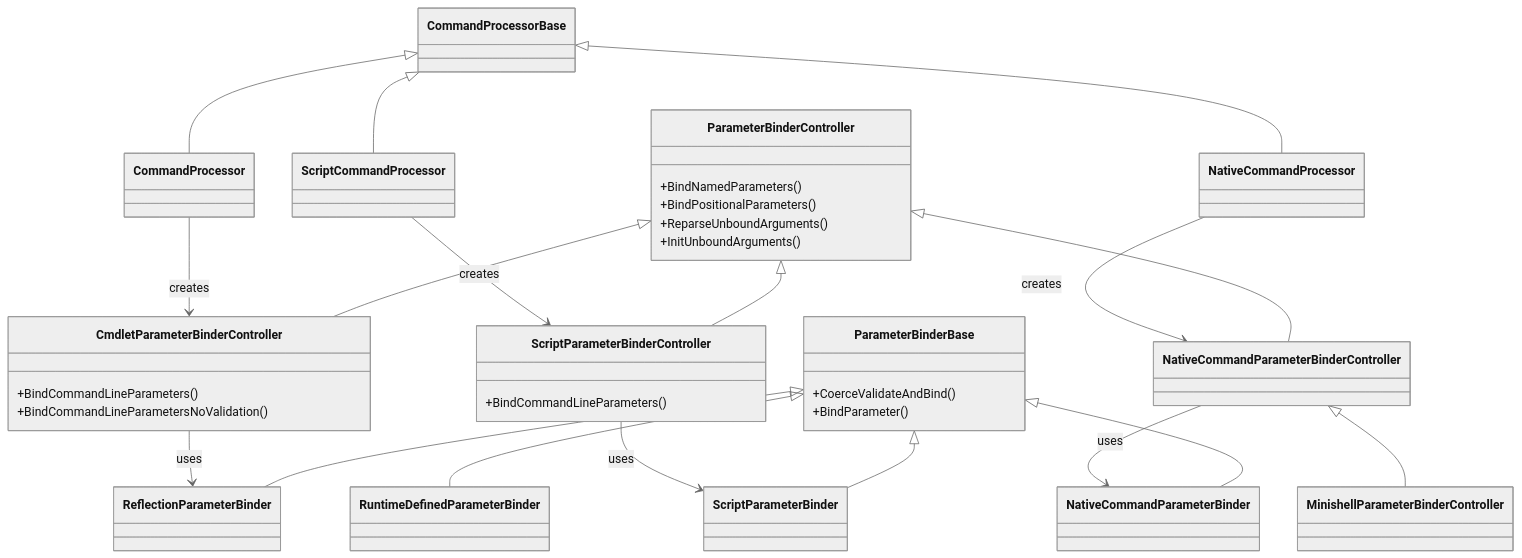
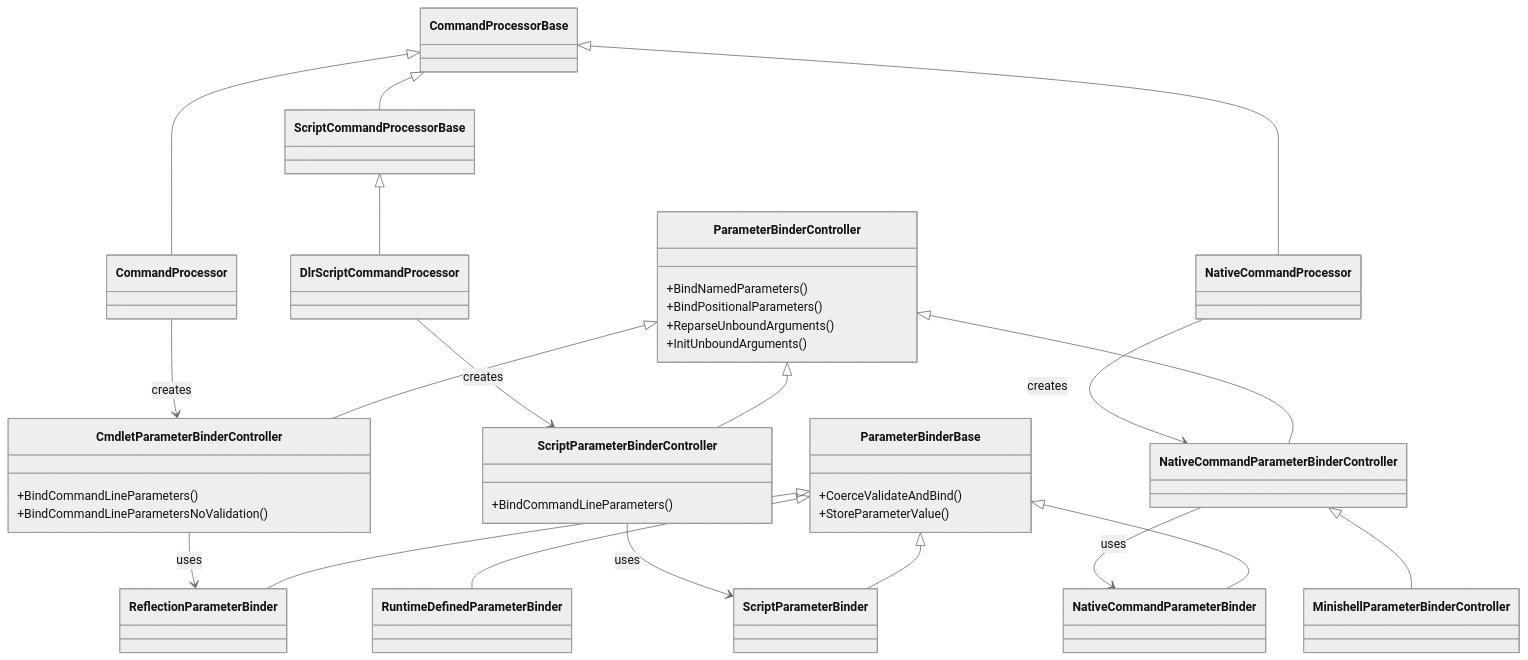
Before and after one commit to powercode/PowerShell: the first of 6 diagrams in docs/dev-process/ParameterBinding.md, drawn with Mermaid (neutral theme). The commit also changed other lines of this file, not shown here.

Commit message:
docs: Rename ScriptCommandProcessor to ScriptCommandProcessorBase and update related references

````diff
--- a/docs/dev-process/ParameterBinding.md
+++ b/docs/dev-process/ParameterBinding.md
@@ -41,56 +41,58 @@
 ```mermaid
 classDiagram
     direction TB
 
     class ParameterBinderBase {
         +CoerceValidateAndBind()
-        +BindParameter()
+        +StoreParameterValue()
     }
     class ReflectionParameterBinder
     class ScriptParameterBinder
     class RuntimeDefinedParameterBinder
     class NativeCommandParameterBinder
 
     ParameterBinderBase <|-- ReflectionParameterBinder
     ParameterBinderBase <|-- ScriptParameterBinder
     ParameterBinderBase <|-- RuntimeDefinedParameterBinder
     ParameterBinderBase <|-- NativeCommandParameterBinder
 
     class ParameterBinderController {
         +BindNamedParameters()
         +BindPositionalParameters()
         +ReparseUnboundArguments()
         +InitUnboundArguments()
     }
     class CmdletParameterBinderController {
         +BindCommandLineParameters()
         +BindCommandLineParametersNoValidation()
     }
     class ScriptParameterBinderController {
         +BindCommandLineParameters()
     }
     class NativeCommandParameterBinderController
     class MinishellParameterBinderController
 
     ParameterBinderController <|-- CmdletParameterBinderController
     ParameterBinderController <|-- ScriptParameterBinderController
     ParameterBinderController <|-- NativeCommandParameterBinderController
     NativeCommandParameterBinderController <|-- MinishellParameterBinderController
 
     class CommandProcessorBase
     class CommandProcessor
-    class ScriptCommandProcessor
+    class ScriptCommandProcessorBase
+    class DlrScriptCommandProcessor
     class NativeCommandProcessor
 
     CommandProcessorBase <|-- CommandProcessor
-    CommandProcessorBase <|-- ScriptCommandProcessor
+    CommandProcessorBase <|-- ScriptCommandProcessorBase
+    ScriptCommandProcessorBase <|-- DlrScriptCommandProcessor
     CommandProcessorBase <|-- NativeCommandProcessor
 
     CommandProcessor --> CmdletParameterBinderController : creates
-    ScriptCommandProcessor --> ScriptParameterBinderController : creates
+    DlrScriptCommandProcessor --> ScriptParameterBinderController : creates
     NativeCommandProcessor --> NativeCommandParameterBinderController : creates
 
     CmdletParameterBinderController --> ReflectionParameterBinder : uses
     ScriptParameterBinderController --> ScriptParameterBinder : uses
     NativeCommandParameterBinderController --> NativeCommandParameterBinder : uses
 ```
````
